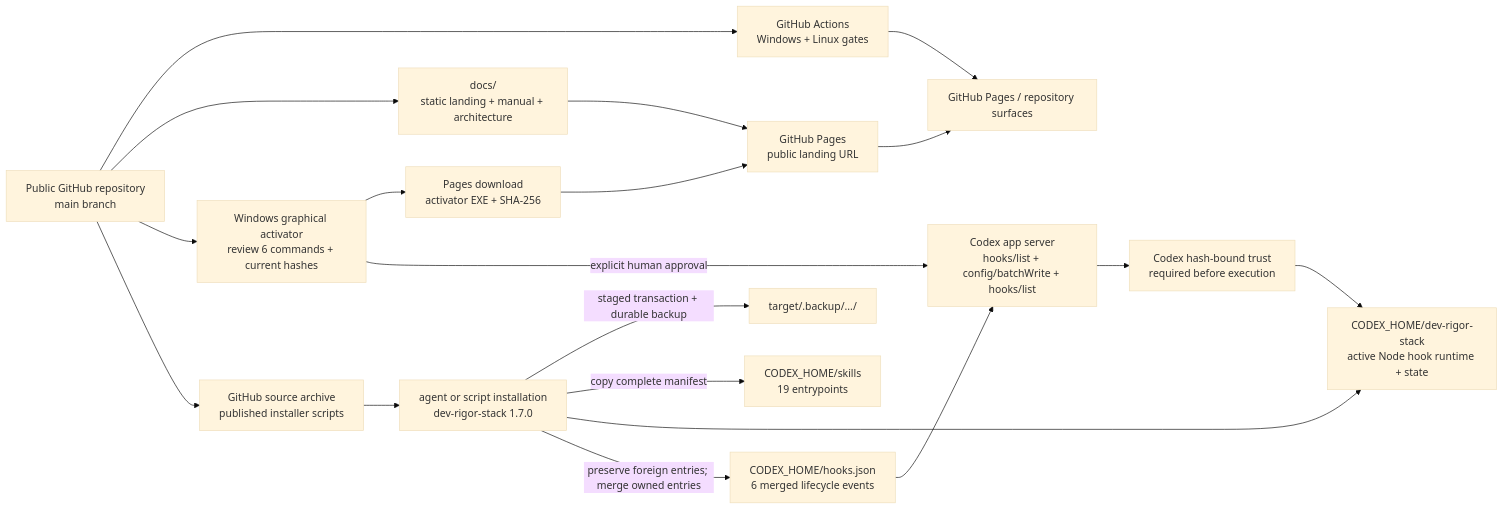
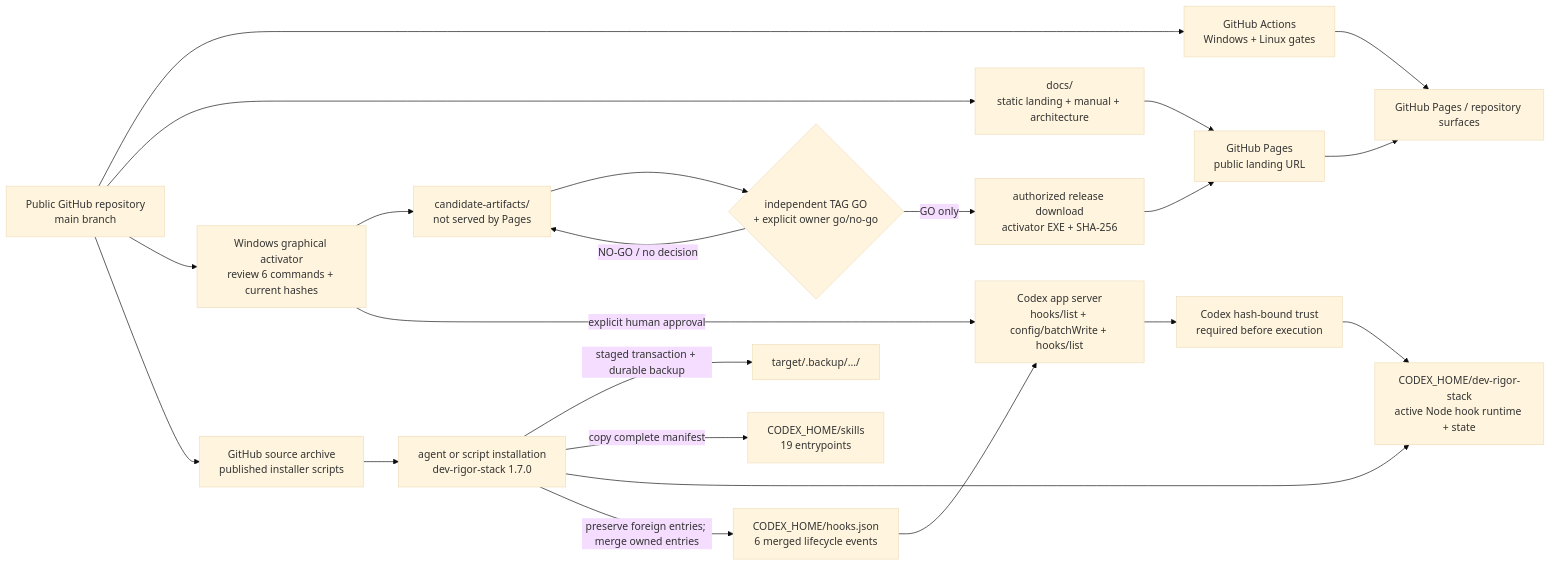
One commit to scottconverse/codex-dev-rigor-stack changed the fifth of 5 diagrams in docs/ARCHITECTURE.md. Above: the diagram before and after it, drawn with Mermaid (base theme). The commit also changed 11 other files, not shown here.

````diff
--- a/docs/ARCHITECTURE.md
+++ b/docs/ARCHITECTURE.md
@@ -216,29 +216,33 @@
 ```mermaid
 flowchart LR
     Source["Public GitHub repository\nmain branch"]
     Docs["docs/\nstatic landing + manual + architecture"]
     Pages["GitHub Pages\npublic landing URL"]
     Archive["GitHub source archive\npublished installer scripts"]
     Installer["agent or script installation\ndev-rigor-stack 1.7.0"]
     Backup["target/.backup/.../<timestamp>"]
     Home["CODEX_HOME/skills\n19 entrypoints"]
     Runtime["CODEX_HOME/dev-rigor-stack\nactive Node hook runtime + state"]
     HookConfig["CODEX_HOME/hooks.json\n6 merged lifecycle events"]
     Activator["Windows graphical activator\nreview 6 commands + current hashes"]
     AppServer["Codex app server\nhooks/list + config/batchWrite + hooks/list"]
     Trust["Codex hash-bound trust\nrequired before execution"]
-    Download["Pages download\nactivator EXE + SHA-256"]
+    Candidate["candidate-artifacts/\nnot served by Pages"]
+    OwnerGate{"independent TAG GO\n+ explicit owner go/no-go"}
+    Download["authorized release download\nactivator EXE + SHA-256"]
     CI["GitHub Actions\nWindows + Linux gates"]
     Publish["GitHub Pages / repository surfaces"]
 
     Source --> CI --> Publish
     Source --> Docs --> Pages --> Publish
-    Source --> Activator --> Download --> Pages
+    Source --> Activator --> Candidate --> OwnerGate
+    OwnerGate -->|GO only| Download --> Pages
+    OwnerGate -->|NO-GO / no decision| Candidate
     Source --> Archive --> Installer
     Installer -->|staged transaction + durable backup| Backup
     Installer -->|copy complete manifest| Home
     Installer --> Runtime
     Installer -->|preserve foreign entries; merge owned entries| HookConfig
     HookConfig --> AppServer
     Activator -->|explicit human approval| AppServer --> Trust --> Runtime
 ```
````
